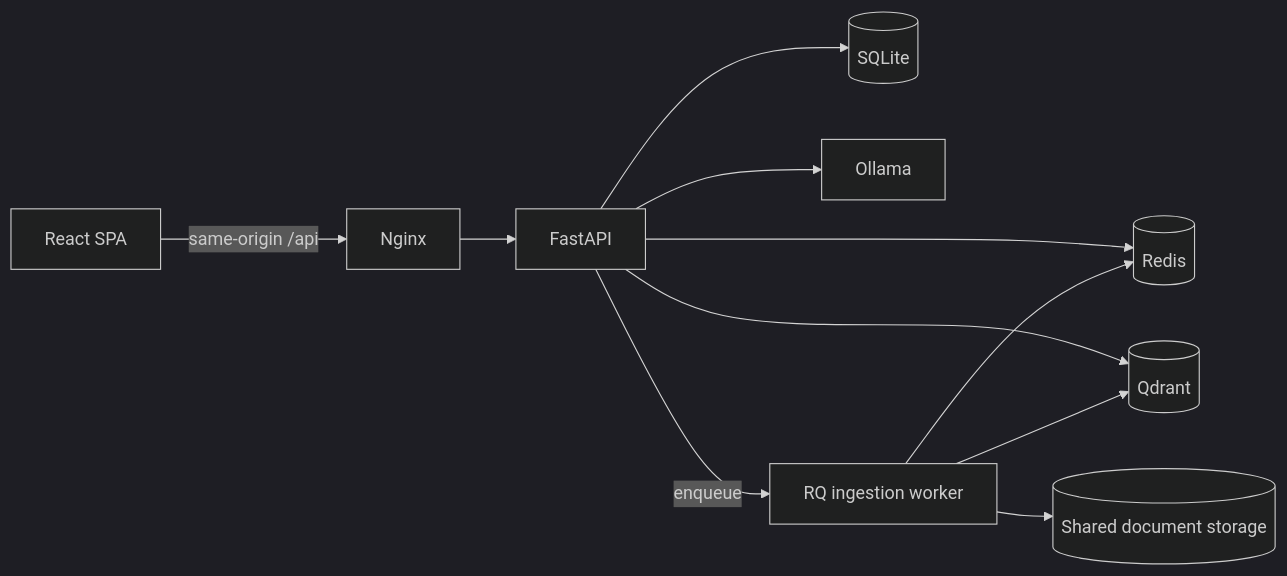
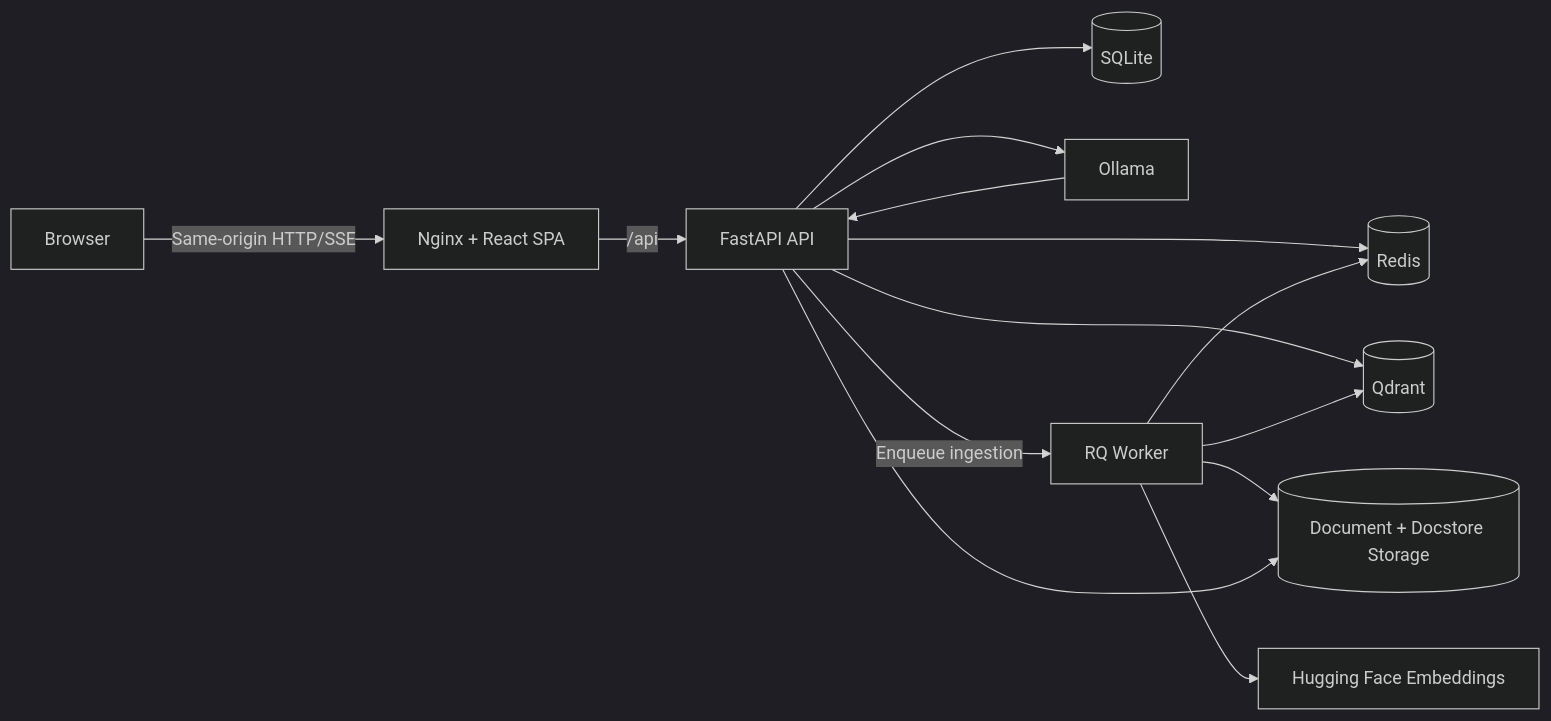
The first of 3 diagrams in README.md (Tan-1106/Legal-Assistant), drawn with Mermaid (dark theme) before and after one commit. The commit also changed other lines of this file, not shown here.

````diff
--- a/README.md
+++ b/README.md
@@ -9,13 +123,19 @@
 ```mermaid
 flowchart LR
-    Browser[React SPA] -->|same-origin /api| Nginx
-    Nginx --> FastAPI
-    FastAPI --> SQLite[(SQLite)]
-    FastAPI --> Redis[(Redis)]
-    FastAPI --> Qdrant[(Qdrant)]
-    FastAPI --> Ollama[Ollama]
-    FastAPI -->|enqueue| RQ[RQ ingestion worker]
-    RQ --> Redis
-    RQ --> Qdrant
-    RQ --> Files[(Shared document storage)]
+    U[Browser] -->|Same-origin HTTP/SSE| N[Nginx + React SPA]
+    N -->|/api| A[FastAPI API]
+
+    A --> SQL[(SQLite)]
+    A --> R[(Redis)]
+    A --> Q[(Qdrant)]
+    A --> O[Ollama]
+    A -->|Enqueue ingestion| W[RQ Worker]
+
+    W --> R
+    W --> Q
+    W --> D[(Document + Docstore Storage)]
+    W --> E[Hugging Face Embeddings]
+
+    A --> D
+    O --> A
 ```
````
